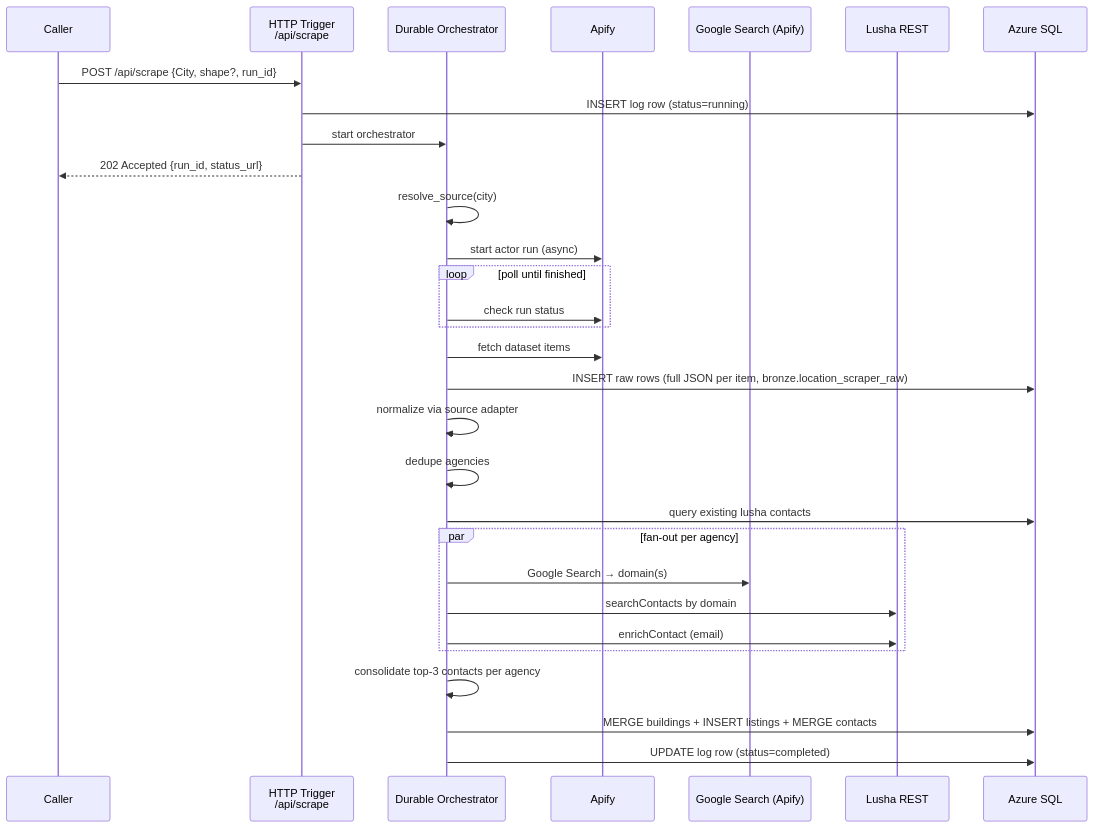
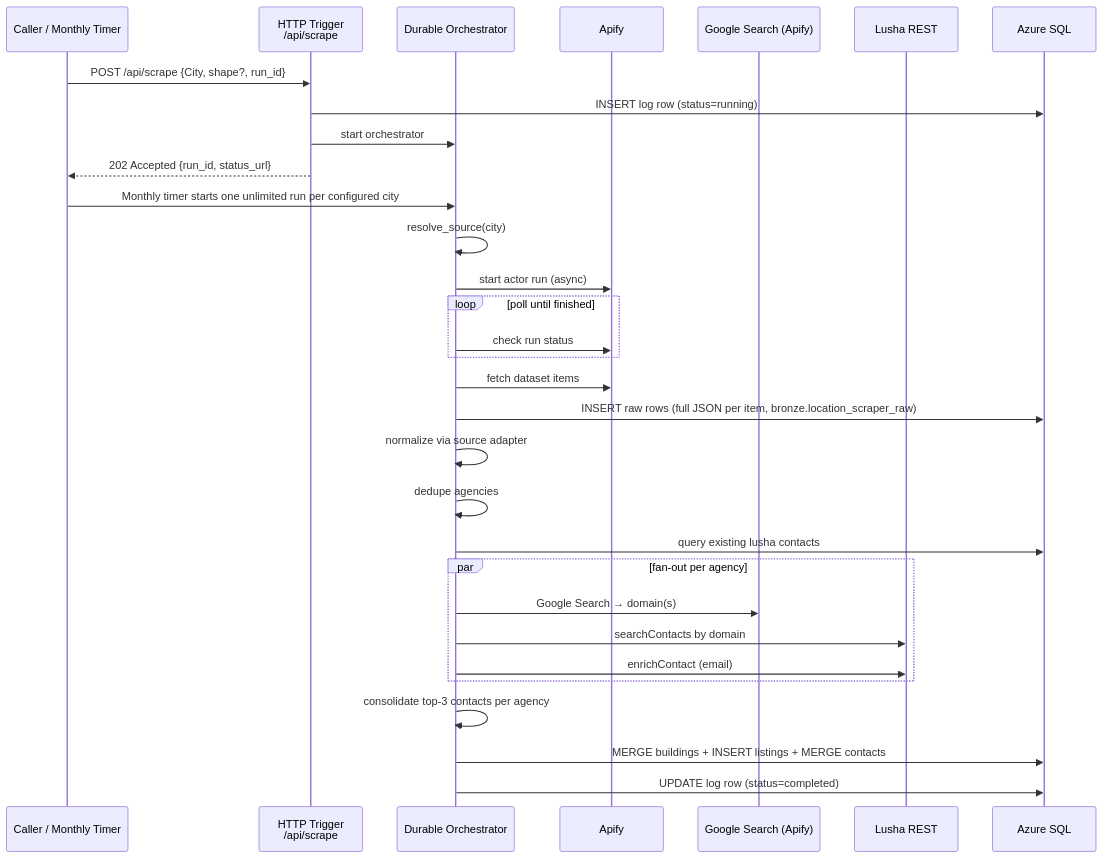
One commit to Infinitspace1/Infinitspace-datawarehouse changed the diagram in docs/location_scraper.md. Above: the diagram before and after it, drawn with Mermaid. The commit also changed other lines of this file and 16 other files, not shown here.

````diff
--- a/docs/location_scraper.md
+++ b/docs/location_scraper.md
@@ -11,34 +11,35 @@
 ```mermaid
 sequenceDiagram
-    participant C as Caller
+    participant C as Caller / Monthly Timer
     participant H as HTTP Trigger<br/>/api/scrape
     participant O as Durable Orchestrator
     participant A as Apify
     participant G as Google Search (Apify)
     participant L as Lusha REST
     participant S as Azure SQL
 
     C->>H: POST /api/scrape {City, shape?, run_id}
     H->>S: INSERT log row (status=running)
     H->>O: start orchestrator
     H-->>C: 202 Accepted {run_id, status_url}
+    C->>O: Monthly timer starts one unlimited run per configured city
 
     O->>O: resolve_source(city)
     O->>A: start actor run (async)
     loop poll until finished
         O->>A: check run status
     end
     O->>A: fetch dataset items
     O->>S: INSERT raw rows (full JSON per item, bronze.location_scraper_raw)
     O->>O: normalize via source adapter
     O->>O: dedupe agencies
     O->>S: query existing lusha contacts
     par fan-out per agency
         O->>G: Google Search → domain(s)
         O->>L: searchContacts by domain
         O->>L: enrichContact (email)
     end
     O->>O: consolidate top-3 contacts per agency
     O->>S: MERGE buildings + INSERT listings + MERGE contacts
     O->>S: UPDATE log row (status=completed)
 ```
````
